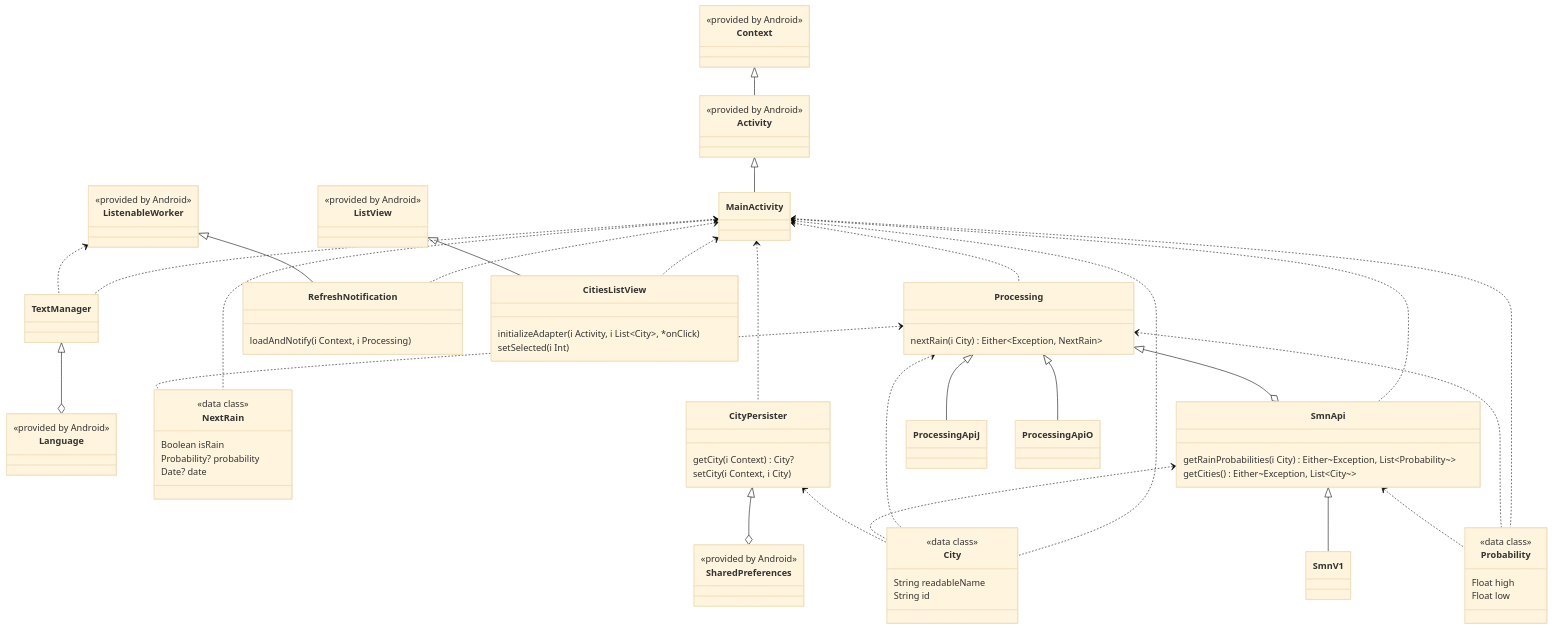
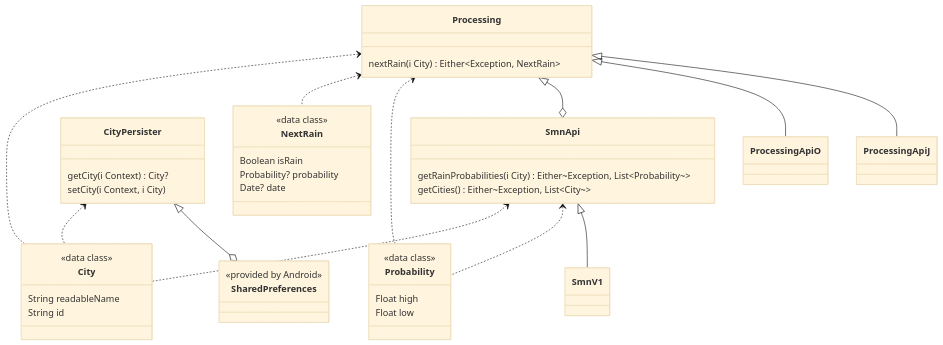
Before and after one commit to EmmanuelMess/Rain-Detector: the third of 4 diagrams in architecture/modules.md, drawn with Mermaid (base theme). The commit also changed 1 other file, not shown here.

Commit message:
New requirements

````diff
--- a/architecture/modules.md
+++ b/architecture/modules.md
@@ -5,27 +66,6 @@
 ```mermaid
 classDiagram
-
 class SharedPreferences {
-    <<provided by Android>>
-}
-
-class Language {
-    <<provided by Android>>
-}
-
-class Context {
-    <<provided by Android>>
-}
-
-class Activity {
-    <<provided by Android>>
-}
-
-class ListView {
-    <<provided by Android>>
-}
-
-class ListenableWorker {
     <<provided by Android>>
 }
 
@@ -76,35 +116,4 @@
 Processing <.. Probability
 Processing <.. NextRain
 Processing <.. City
-
-TextManager <|--o Language
-
-class RefreshNotification {
-    loadAndNotify(i Context, i Processing)
-}
-
-ListenableWorker <|-- RefreshNotification 
-
-ListenableWorker <.. TextManager
-
-class CitiesListView {
-    initializeAdapter(i Activity, i List~City~, *onClick)
-    setSelected(i Int)
-}
-
-ListView <|-- CitiesListView
-
-
-Context <|-- Activity 
-Activity <|-- MainActivity 
-
-MainActivity <.. TextManager
-MainActivity <.. NextRain
-MainActivity <.. Probability
-MainActivity <.. Processing
-MainActivity <.. SmnApi
-MainActivity <.. City
-MainActivity <.. RefreshNotification
-MainActivity <.. CityPersister
-MainActivity <.. CitiesListView
 ```
````
